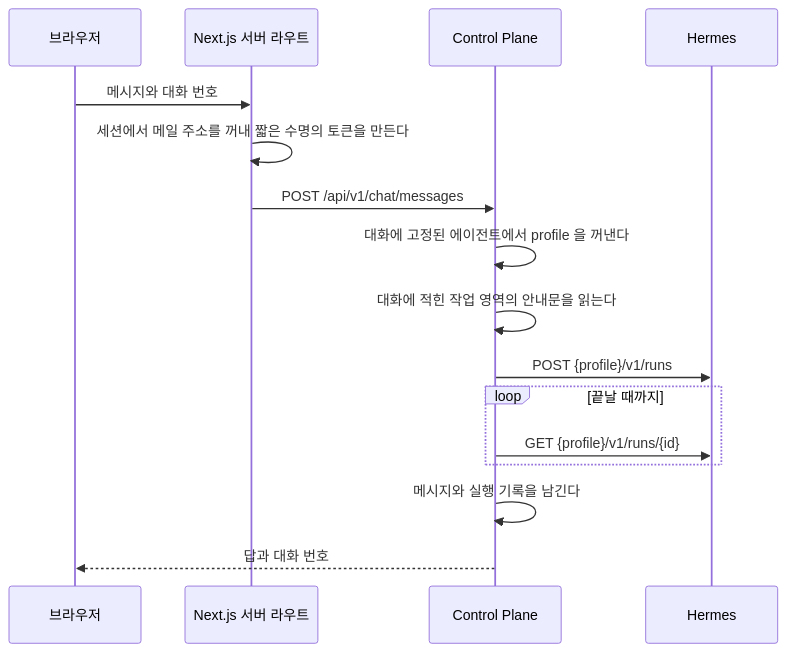
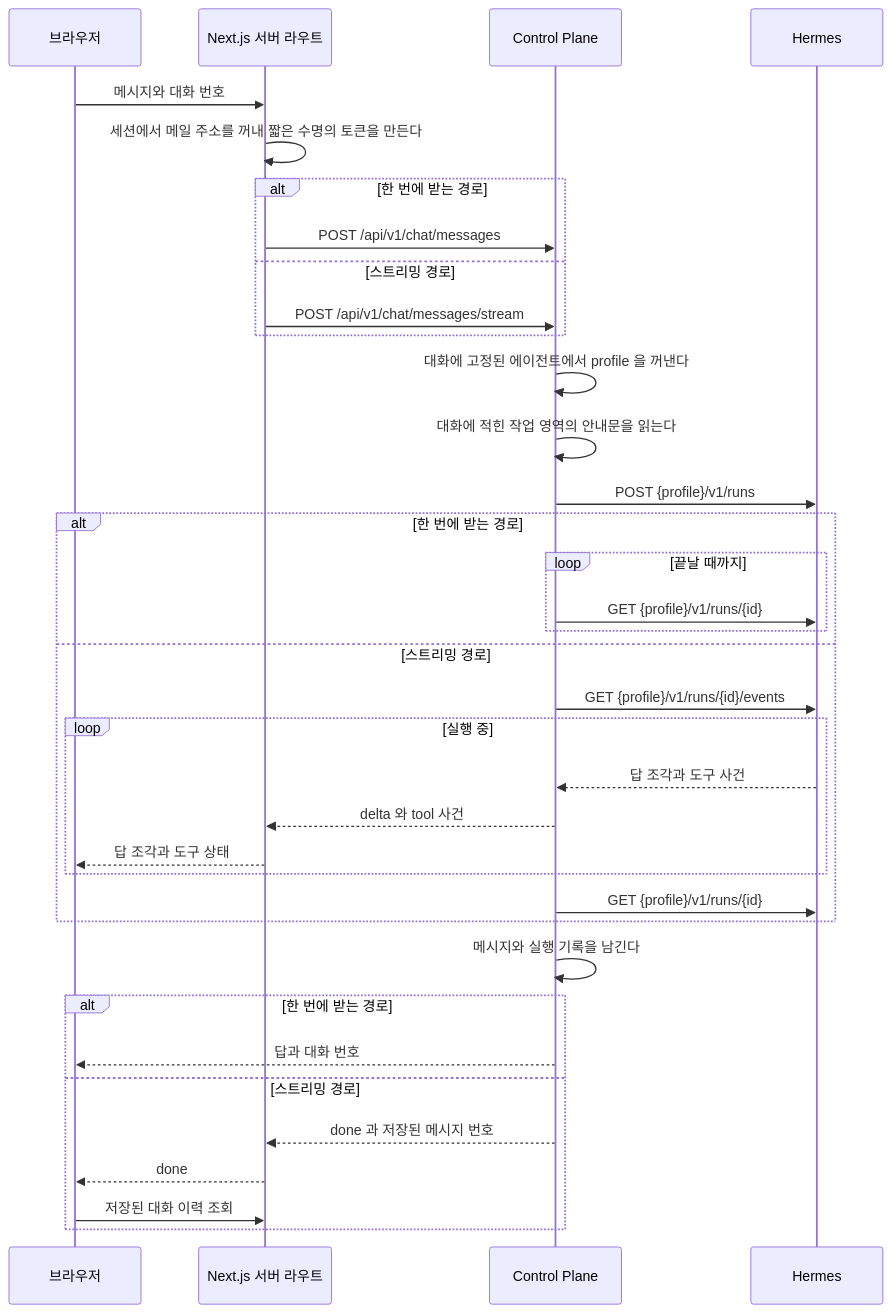
One commit to jon890/fos-assistant changed the first of 2 diagrams in docs/flow.md. Above: the diagram before and after it, drawn with Mermaid. The commit also changed other lines of this file and 1 other file, not shown here.

Commit message:
docs(docs): 스트리밍 흐름과 완료 상태를 기록한다

````diff
--- a/docs/flow.md
+++ b/docs/flow.md
@@ -8,19 +8,39 @@
 ```mermaid
 sequenceDiagram
     participant B as 브라우저
     participant W as Next.js 서버 라우트
     participant C as Control Plane
     participant H as Hermes
 
     B->>W: 메시지와 대화 번호
     W->>W: 세션에서 메일 주소를 꺼내 짧은 수명의 토큰을 만든다
-    W->>C: POST /api/v1/chat/messages
+    alt 한 번에 받는 경로
+        W->>C: POST /api/v1/chat/messages
+    else 스트리밍 경로
+        W->>C: POST /api/v1/chat/messages/stream
+    end
     C->>C: 대화에 고정된 에이전트에서 profile 을 꺼낸다
     C->>C: 대화에 적힌 작업 영역의 안내문을 읽는다
     C->>H: POST {profile}/v1/runs
-    loop 끝날 때까지
+    alt 한 번에 받는 경로
+        loop 끝날 때까지
+            C->>H: GET {profile}/v1/runs/{id}
+        end
+    else 스트리밍 경로
+        C->>H: GET {profile}/v1/runs/{id}/events
+        loop 실행 중
+            H-->>C: 답 조각과 도구 사건
+            C-->>W: delta 와 tool 사건
+            W-->>B: 답 조각과 도구 상태
+        end
         C->>H: GET {profile}/v1/runs/{id}
     end
     C->>C: 메시지와 실행 기록을 남긴다
-    C-->>B: 답과 대화 번호
+    alt 한 번에 받는 경로
+        C-->>B: 답과 대화 번호
+    else 스트리밍 경로
+        C-->>W: done 과 저장된 메시지 번호
+        W-->>B: done
+        B->>W: 저장된 대화 이력 조회
+    end
 ```
````
